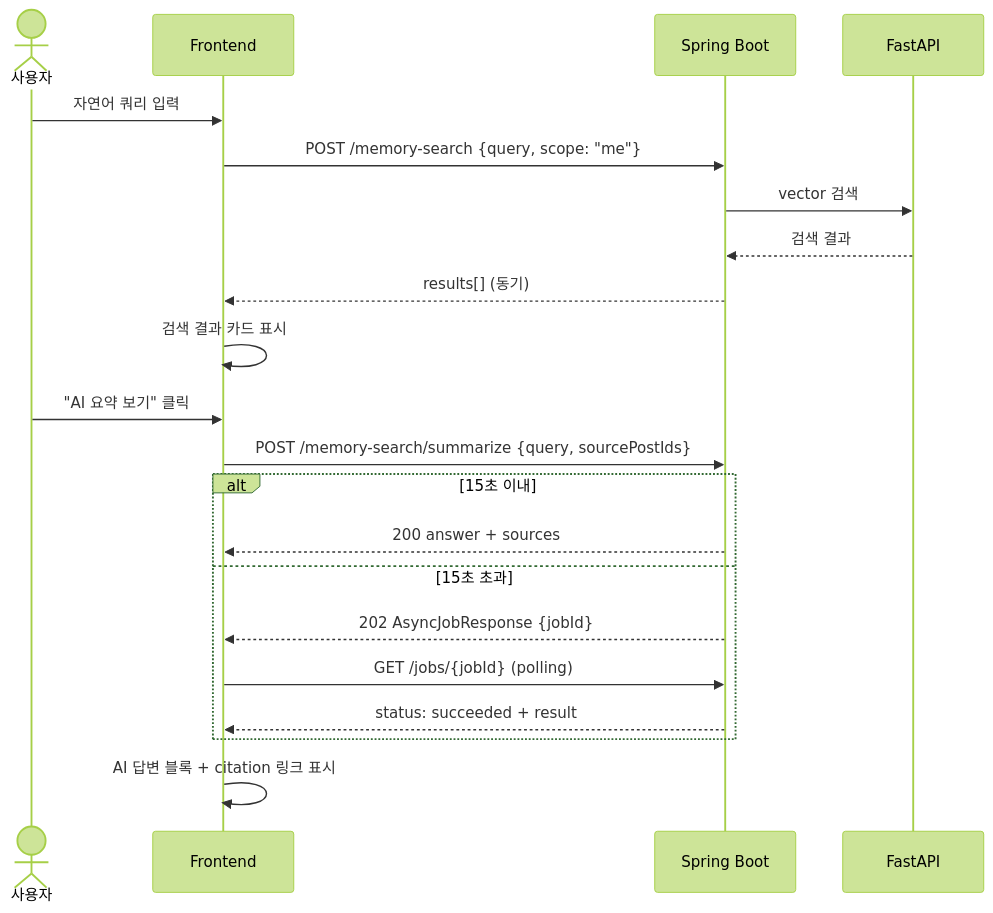
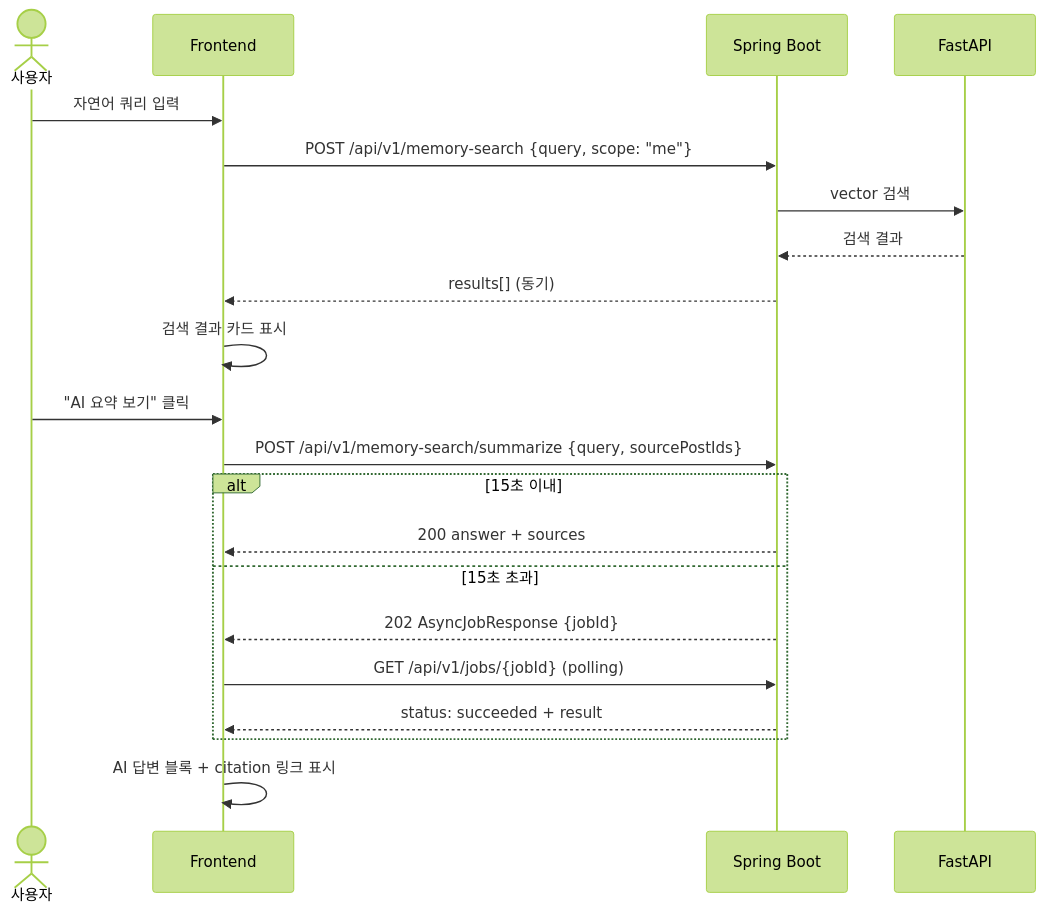
Before and after one commit to seok3m4/AI_w15-16: the third of 5 diagrams in docs/SCREEN_FLOW_MVP_TEXT_MEMORY.md, drawn with Mermaid (forest theme). The commit also changed other lines of this file and 4 other files, not shown here.

````diff
--- a/docs/SCREEN_FLOW_MVP_TEXT_MEMORY.md
+++ b/docs/SCREEN_FLOW_MVP_TEXT_MEMORY.md
@@ -141,24 +143,24 @@
 ```mermaid
 sequenceDiagram
   actor U as 사용자
   participant FE as Frontend
   participant BE as Spring Boot
   participant AI as FastAPI
 
   U->>FE: 자연어 쿼리 입력
-  FE->>BE: POST /memory-search {query, scope: "me"}
+  FE->>BE: POST /api/v1/memory-search {query, scope: "me"}
   BE->>AI: vector 검색
   AI-->>BE: 검색 결과
   BE-->>FE: results[] (동기)
   FE->>FE: 검색 결과 카드 표시
   U->>FE: "AI 요약 보기" 클릭
-  FE->>BE: POST /memory-search/summarize {query, sourcePostIds}
+  FE->>BE: POST /api/v1/memory-search/summarize {query, sourcePostIds}
   alt 15초 이내
     BE-->>FE: 200 answer + sources
   else 15초 초과
     BE-->>FE: 202 AsyncJobResponse {jobId}
-    FE->>BE: GET /jobs/{jobId} (polling)
+    FE->>BE: GET /api/v1/jobs/{jobId} (polling)
     BE-->>FE: status: succeeded + result
   end
   FE->>FE: AI 답변 블록 + citation 링크 표시
 ```
````
